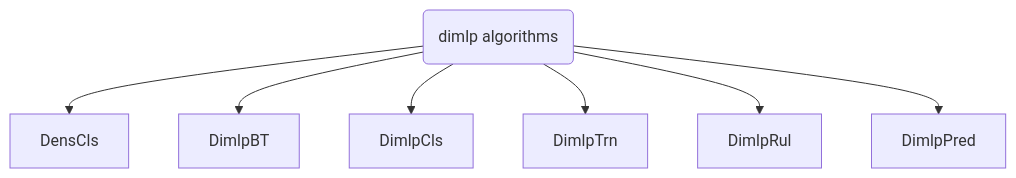
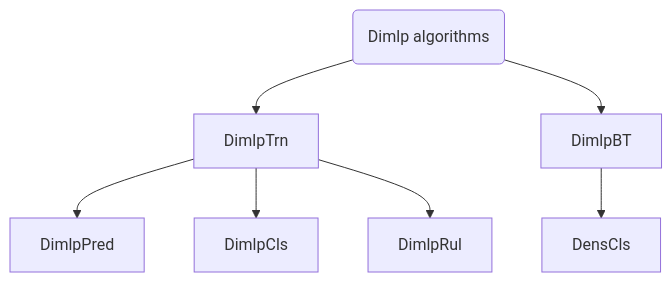
Before and after one commit to HES-XPLAIN/hes-xplain.github.io: the diagram in docs/documentation/algorithms/dimlp/overview.md, drawn with Mermaid. The commit also changed other lines of this file and 3 other files, not shown here.

````diff
--- a/docs/documentation/algorithms/dimlp/overview.md
+++ b/docs/documentation/algorithms/dimlp/overview.md
@@ -12,9 +12,16 @@
 ```mermaid
 graph TD;
-    d(dimlp algorithms) --> DensCls;
+    DimlpTrn[DimlpTrn] 
+    DimlpBT[DimlpBT] 
+    DimlpPred[DimlpPred] 
+    DimlpCls[DimlpCls]
+    DimlpRul[DimlpRul]
+    DensCls[DensCls]
+
+    d(Dimlp algorithms) --> DimlpTrn;
     d --> DimlpBT;
-    d --> DimlpCls;
-    d --> DimlpTrn;
-    d --> DimlpRul;
-    d --> DimlpPred;
+    DimlpTrn --> DimlpPred;
+    DimlpTrn --> DimlpCls;
+    DimlpTrn --> DimlpRul;
+    DimlpBT --> DensCls;
 ```
````
